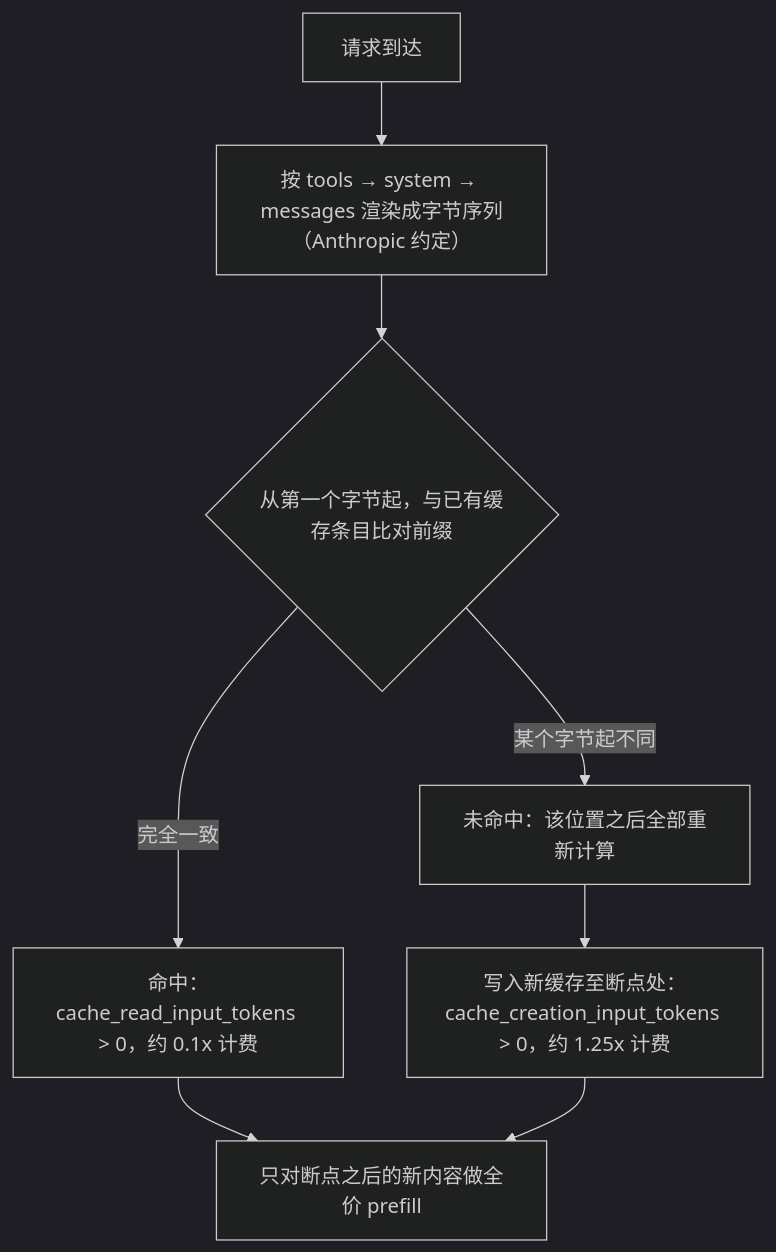
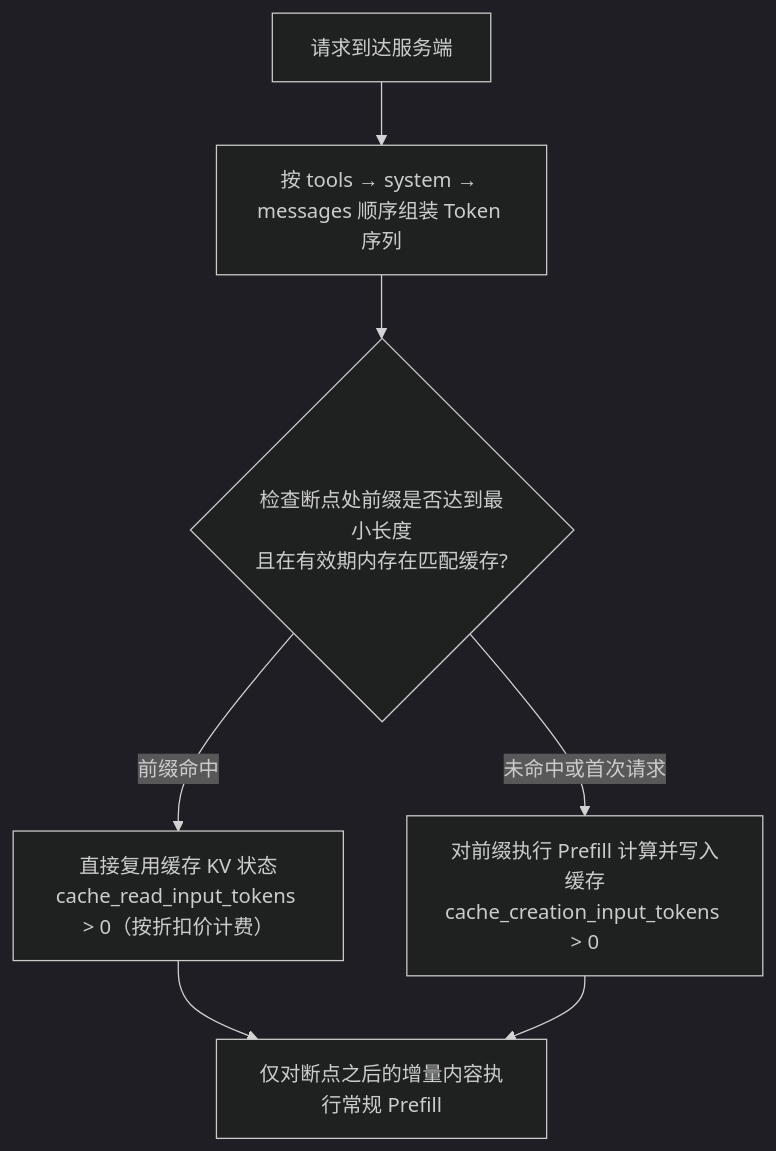
The diagram in 10-AI应用开发/01-LLM基础与Prompt/17-Prompt-Caching提示缓存.md (GuoWWWX/knowledge-base), drawn with Mermaid (dark theme) before and after one commit. The commit also changed other lines of this file and 251 other files, not shown here.

````diff
--- a/10-AI应用开发/01-LLM基础与Prompt/17-Prompt-Caching提示缓存.md
+++ b/10-AI应用开发/01-LLM基础与Prompt/17-Prompt-Caching提示缓存.md
@@ -70,10 +70,9 @@
 ```mermaid
 flowchart TD
-    A[请求到达] --> B["按 tools → system → messages 渲染成字节序列（Anthropic 约定）"]
-    B --> C{"从第一个字节起，与已有缓存条目比对前缀"}
-    C -->|完全一致| D["命中：cache_read_input_tokens > 0，约 0.1x 计费"]
-    C -->|某个字节起不同| E["未命中：该位置之后全部重新计算"]
-    E --> F["写入新缓存至断点处：cache_creation_input_tokens > 0，约 1.25x 计费"]
-    D --> G[只对断点之后的新内容做全价 prefill]
-    F --> G
+    A[请求到达服务端] --> B["按 tools → system → messages 顺序组装 Token 序列"]
+    B --> C{"检查断点处前缀是否达到最小长度<br/>且在有效期内存在匹配缓存?"}
+    C -->|前缀命中| D["直接复用缓存 KV 状态<br/>cache_read_input_tokens > 0（按折扣价计费）"]
+    C -->|未命中或首次请求| E["对前缀执行 Prefill 计算并写入缓存<br/>cache_creation_input_tokens > 0"]
+    D --> G["仅对断点之后的增量内容执行常规 Prefill"]
+    E --> G
 ```
````
